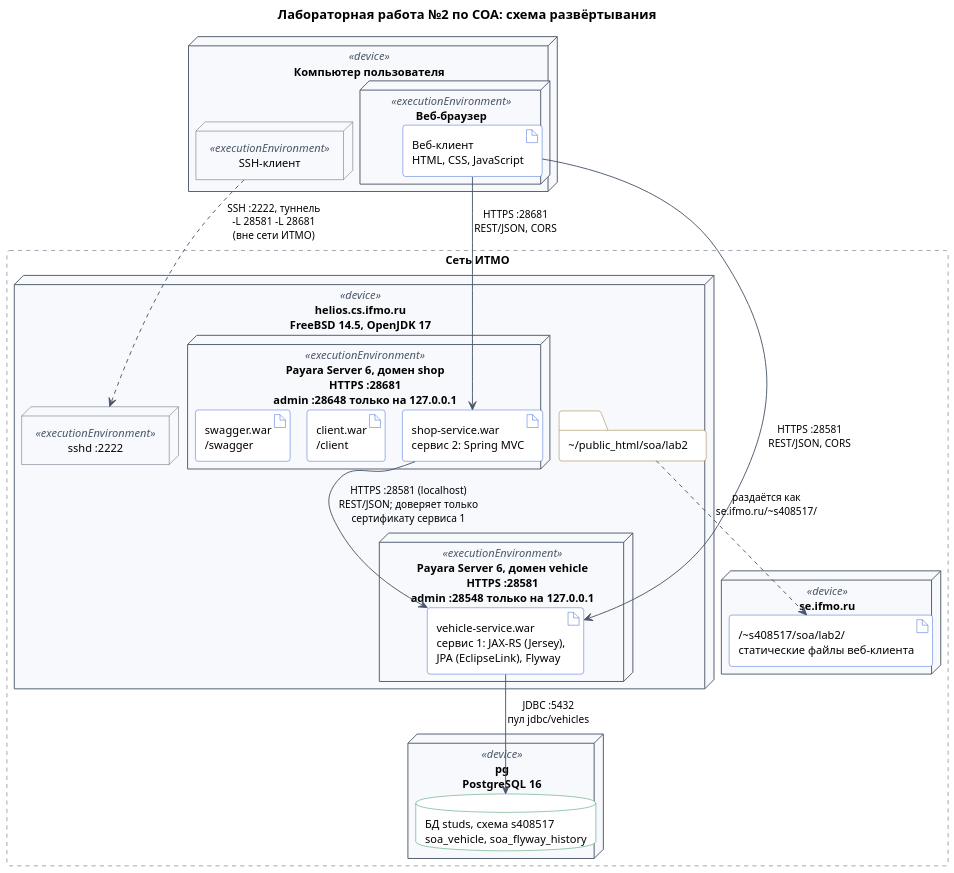
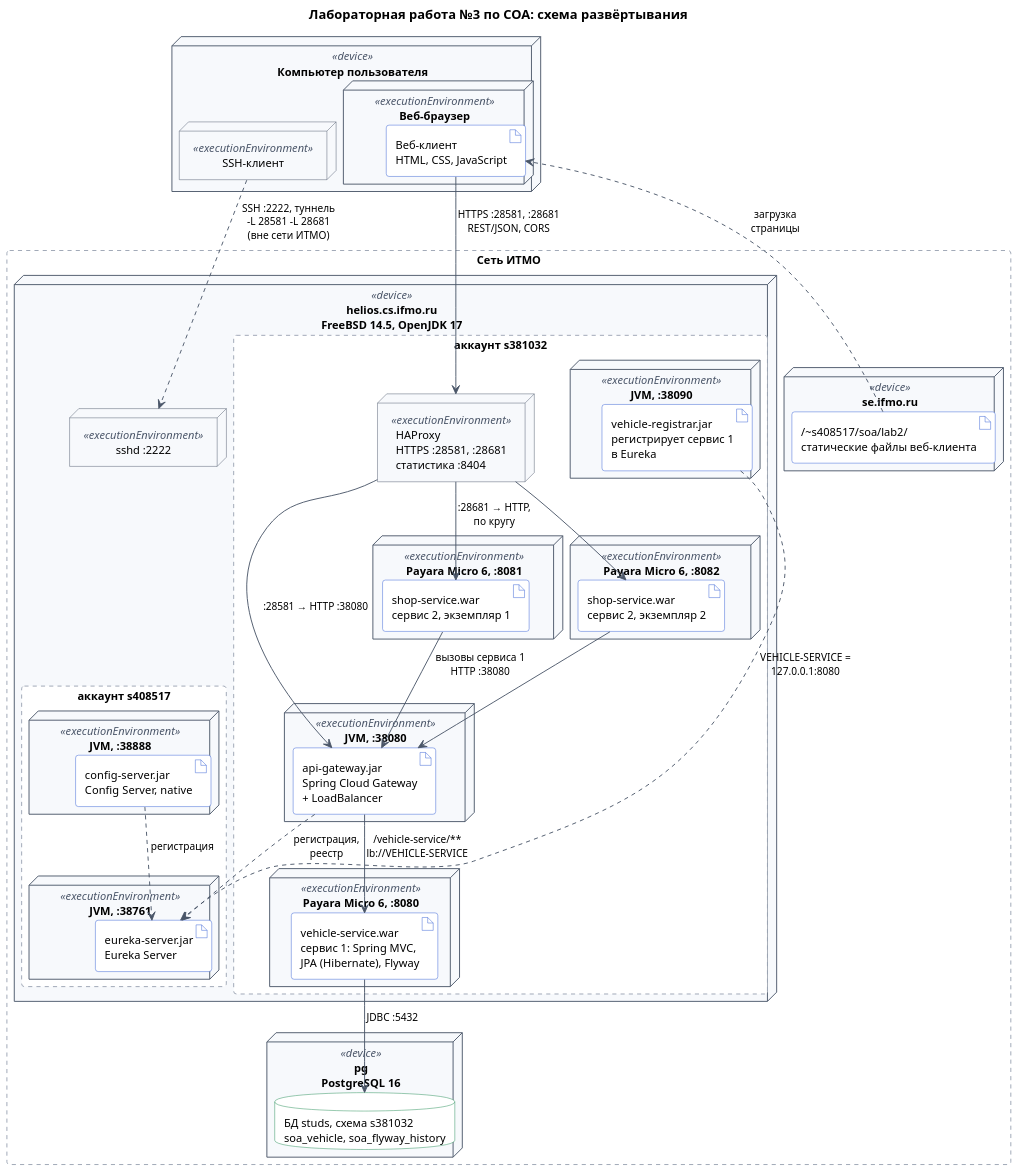
The diagram in docs/deployment.puml (AlexanderIlin2005/soa_lab3), drawn with PlantUML before and after one commit. The commit also changed 12 other files, not shown here.

Commit message:
minor updates + add schema

```diff
--- a/docs/deployment.puml
+++ b/docs/deployment.puml
@@ -1,79 +1,102 @@
 @startuml deployment
 !pragma layout smetana
 skinparam defaultFontName Helvetica
 skinparam defaultFontSize 12
 skinparam shadowing false
 skinparam dpi 150
-skinparam nodesep 45
-skinparam ranksep 70
+skinparam nodesep 40
+skinparam ranksep 60
 skinparam roundCorner 6
 skinparam node {
   BackgroundColor #F7F9FC
   BorderColor #4A5568
   StereotypeFontColor #4A5568
 }
 skinparam artifact {
   BackgroundColor #FFFFFF
   BorderColor #2F5BD3
 }
 skinparam database {
   BackgroundColor #FFFFFF
   BorderColor #1F8A53
 }
-skinparam folder {
-  BackgroundColor #FFFFFF
-  BorderColor #8A6D1F
-}
 skinparam rectangle {
   BackgroundColor #FFFFFF
   BorderColor #9AA3B2
   BorderStyle dashed
 }
-skinparam note {
-  BackgroundColor #FFF8E1
-  BorderColor #C9A227
-}
 skinparam ArrowColor #4A5568
 skinparam ArrowFontSize 11
 
-title Лабораторная работа №2 по СОА: схема развёртывания
+title Лабораторная работа №3 по СОА: схема развёртывания
 
 node "Компьютер пользователя" <<device>> as pc {
   node "Веб-браузер" <<executionEnvironment>> as browser {
     artifact "Веб-клиент\nHTML, CSS, JavaScript" as spa
   }
   node "SSH-клиент" <<executionEnvironment>> as sshc
 }
 
 rectangle "Сеть ИТМО" as itmo {
 
   node "se.ifmo.ru" <<device>> as se {
-      artifact "/~s408517/soa/lab2/\nстатические файлы веб-клиента" as pubweb
+    artifact "/<U+007E>s408517/soa/lab2/\nстатические файлы веб-клиента" as pubweb
   }
 
   node "helios.cs.ifmo.ru\nFreeBSD 14.5, OpenJDK 17" <<device>> as helios {
-    node "Payara Server 6, домен vehicle\nHTTPS :28581\nadmin :28548 только на 127.0.0.1" <<executionEnvironment>> as vehicle {
-      artifact "vehicle-service.war\nсервис 1: JAX-RS (Jersey),\nJPA (EclipseLink), Flyway" as vwar
+
+    rectangle "аккаунт s381032" as acc1 {
+      node "HAProxy\nHTTPS :28581, :28681\nстатистика :8404" <<executionEnvironment>> as haproxy
+      node "JVM, :38080" <<executionEnvironment>> as gw {
+        artifact "api-gateway.jar\nSpring Cloud Gateway\n+ LoadBalancer" as gwjar
+      }
+      node "JVM, :38090" <<executionEnvironment>> as reg {
+        artifact "vehicle-registrar.jar\nрегистрирует сервис 1\nв Eureka" as regjar
+      }
+      node "Payara Micro 6, :8080" <<executionEnvironment>> as v1 {
+        artifact "vehicle-service.war\nсервис 1: Spring MVC,\nJPA (Hibernate), Flyway" as vwar
+      }
+      node "Payara Micro 6, :8081" <<executionEnvironment>> as s1 {
+        artifact "shop-service.war\nсервис 2, экземпляр 1" as s1war
+      }
+      node "Payara Micro 6, :8082" <<executionEnvironment>> as s2 {
+        artifact "shop-service.war\nсервис 2, экземпляр 2" as s2war
+      }
     }
-    node "Payara Server 6, домен shop\nHTTPS :28681\nadmin :28648 только на 127.0.0.1" <<executionEnvironment>> as shop {
-      artifact "shop-service.war\nсервис 2: Spring MVC" as swar
-      artifact "client.war\n/client" as cwar
-      artifact "swagger.war\n/swagger" as swwar
+
+    rectangle "аккаунт s408517" as acc2 {
+      node "JVM, :38761" <<executionEnvironment>> as eur {
+        artifact "eureka-server.jar\nEureka Server" as eurjar
+      }
+      node "JVM, :38888" <<executionEnvironment>> as cfg {
+        artifact "config-server.jar\nConfig Server, native" as cfgjar
+      }
     }
-    folder "<U+007E>/public_html/soa/lab2" as pubdir
+
     node "sshd :2222" <<executionEnvironment>> as sshd
   }
 
   node "pg\nPostgreSQL 16" <<device>> as pg {
-    database "БД studs, схема s408517\nsoa_vehicle, soa_flyway_history" as db
+    database "БД studs, схема s381032\nsoa_vehicle, soa_flyway_history" as db
   }
 }
 
-spa --> vwar : HTTPS :28581\nREST/JSON, CORS
-spa --> swar : HTTPS :28681\nREST/JSON, CORS
-swar --> vwar : HTTPS :28581 (localhost)\nREST/JSON; доверяет только\nсертификату сервиса 1
-vwar --> db : JDBC :5432\nпул jdbc/vehicles
-pubdir ..> pubweb : раздаётся как\nse.ifmo.ru/~s408517/
+spa --> haproxy : HTTPS :28581, :28681\nREST/JSON, CORS
+pubweb ..> spa : загрузка\nстраницы
 sshc ..> sshd : SSH :2222, туннель\n-L 28581 -L 28681\n(вне сети ИТМО)
 
+haproxy --> gwjar : :28581 → HTTP :38080
+haproxy --> s1war : :28681 → HTTP,\nпо кругу
+haproxy --> s2war
+
+s1war --> gwjar : вызовы сервиса 1\nHTTP :38080
+s2war --> gwjar
+
+gwjar --> vwar : /vehicle-service/**\nlb://VEHICLE-SERVICE
+vwar --> db : JDBC :5432
+
+regjar ..> eurjar : VEHICLE-SERVICE =\n127.0.0.1:8080
+gwjar ..> eurjar : регистрация,\nреестр
+cfgjar ..> eurjar : регистрация
+
 @enduml
```
